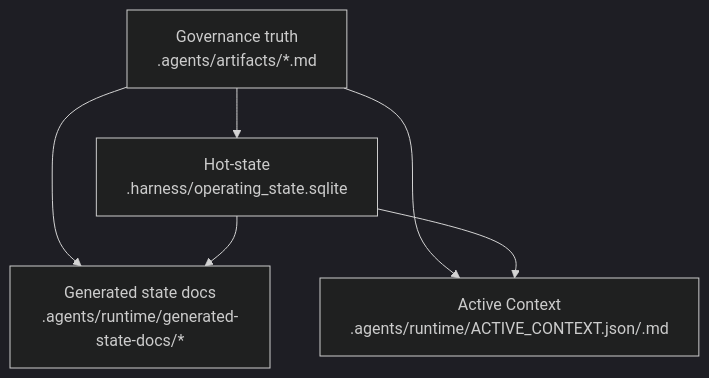
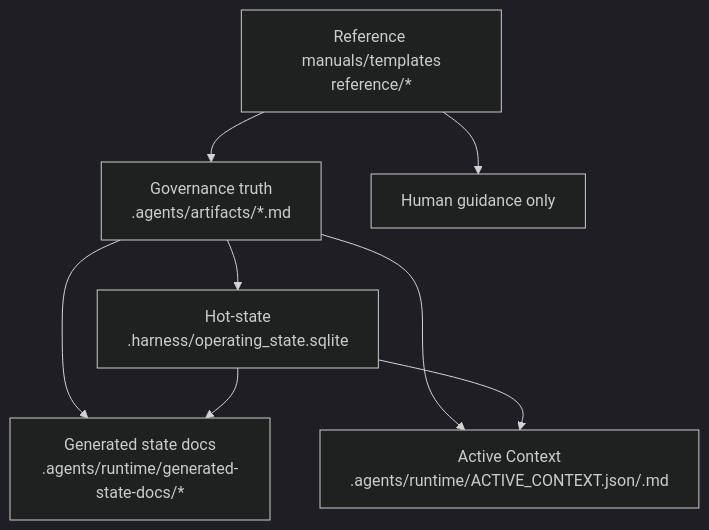
The second of 2 diagrams in reference/manuals/HARNESS_MANUAL.md (Heeyoung-Ahn/harness-implementation-v1), drawn with Mermaid (dark theme) before and after one commit. The commit also changed other lines of this file and 43 other files, not shown here.

````diff
--- a/reference/manuals/HARNESS_MANUAL.md
+++ b/reference/manuals/HARNESS_MANUAL.md
@@ -81,8 +126,10 @@
 ```mermaid
 flowchart TD
     A["Governance truth<br/>.agents/artifacts/*.md"] --> B["Hot-state<br/>.harness/operating_state.sqlite"]
     A --> C["Generated state docs<br/>.agents/runtime/generated-state-docs/*"]
     B --> C
     A --> D["Active Context<br/>.agents/runtime/ACTIVE_CONTEXT.json/.md"]
     B --> D
+    E["Reference manuals/templates<br/>reference/*"] --> A
+    E --> F["Human guidance only"]
 ```
````
